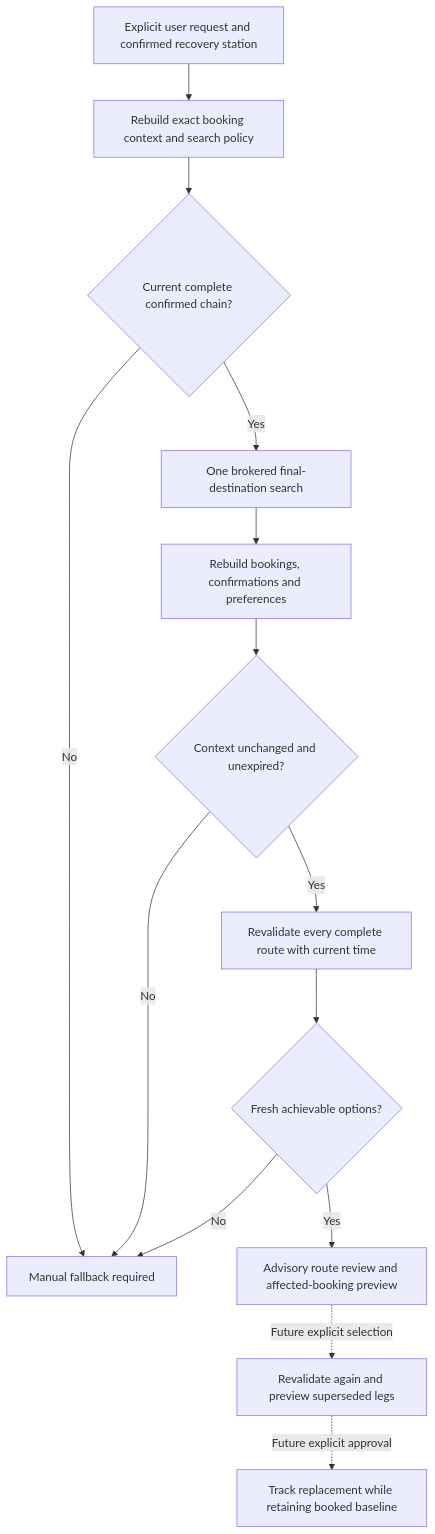
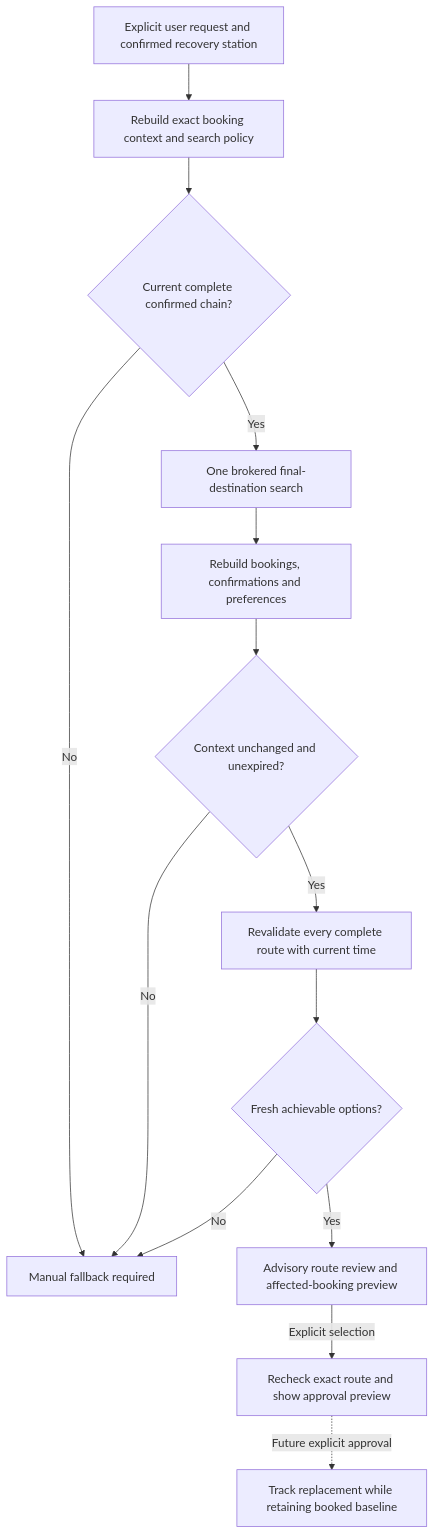
The diagram in docs/RECOVERY_REVIEW.md (stevesherry123/ha-uk-journey-guardian), drawn with Mermaid before and after one commit. The commit also changed other lines of this file and 15 other files, not shown here.

First line of the commit message:
Recheck selected rail recovery routes before approval

````diff
--- a/docs/RECOVERY_REVIEW.md
+++ b/docs/RECOVERY_REVIEW.md
@@ -32,16 +36,16 @@
 ```mermaid
 flowchart TD
     A[Explicit user request and confirmed recovery station] --> B[Rebuild exact booking context and search policy]
     B --> C{Current complete confirmed chain?}
     C -->|No| M[Manual fallback required]
     C -->|Yes| D[One brokered final-destination search]
     D --> E[Rebuild bookings, confirmations and preferences]
     E --> F{Context unchanged and unexpired?}
     F -->|No| M
     F -->|Yes| G[Revalidate every complete route with current time]
     G --> H{Fresh achievable options?}
     H -->|No| M
     H -->|Yes| I[Advisory route review and affected-booking preview]
-    I -. Future explicit selection .-> J[Revalidate again and preview superseded legs]
+    I -->|Explicit selection| J[Recheck exact route and show approval preview]
     J -. Future explicit approval .-> K[Track replacement while retaining booked baseline]
 ```
````
